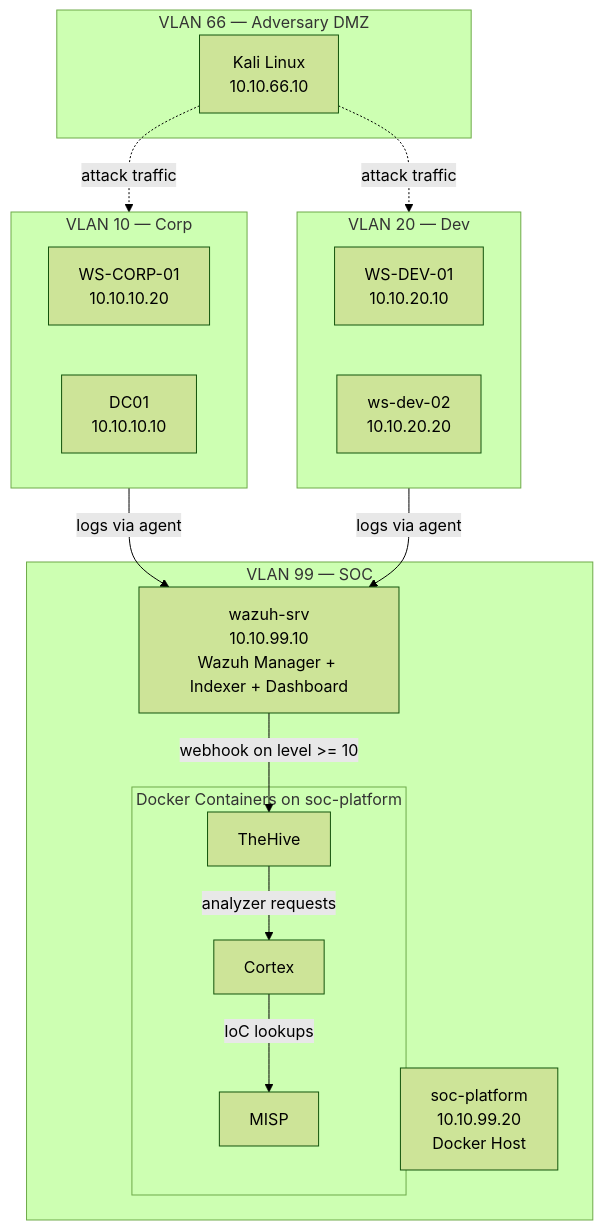
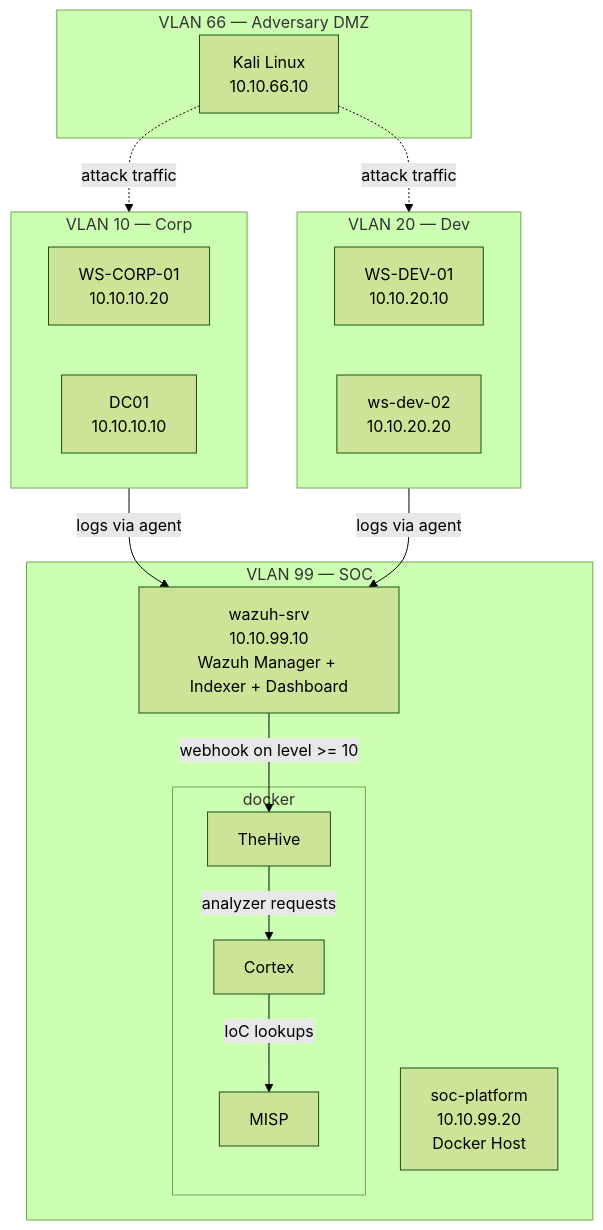
The diagram in docs/07-soc-platform/01-architecture.md (DanielBandarica02/SOC-HomeLab), drawn with Mermaid (forest theme) before and after one commit.

````diff
--- a/docs/07-soc-platform/01-architecture.md
+++ b/docs/07-soc-platform/01-architecture.md
@@ -32,34 +32,34 @@
 ```mermaid
 flowchart TB
     subgraph vlan66[VLAN 66 — Adversary DMZ]
         kali[Kali Linux<br/>10.10.66.10]
     end
  
     subgraph vlan10[VLAN 10 — Corp]
         wscorp[WS-CORP-01<br/>10.10.10.20]
         dc[DC01<br/>10.10.10.10]
     end
  
     subgraph vlan20[VLAN 20 — Dev]
         wsdev01[WS-DEV-01<br/>10.10.20.10]
         wsdev02[ws-dev-02<br/>10.10.20.20]
     end
  
     subgraph vlan99[VLAN 99 — SOC]
         wazuhsrv[wazuh-srv<br/>10.10.99.10<br/>Wazuh Manager + Indexer + Dashboard]
         socplatform[soc-platform<br/>10.10.99.20<br/>Docker Host]
-        subgraph docker[Docker Containers on soc-platform]
+        subgraph docker
             thehive[TheHive]
             cortex[Cortex]
             misp[MISP]
         end
     end
  
     kali -.->|attack traffic| vlan10
     kali -.->|attack traffic| vlan20
     vlan10 -->|logs via agent| wazuhsrv
     vlan20 -->|logs via agent| wazuhsrv
     wazuhsrv -->|webhook on level >= 10| thehive
     thehive -->|analyzer requests| cortex
     cortex -->|IoC lookups| misp
 ```
````
